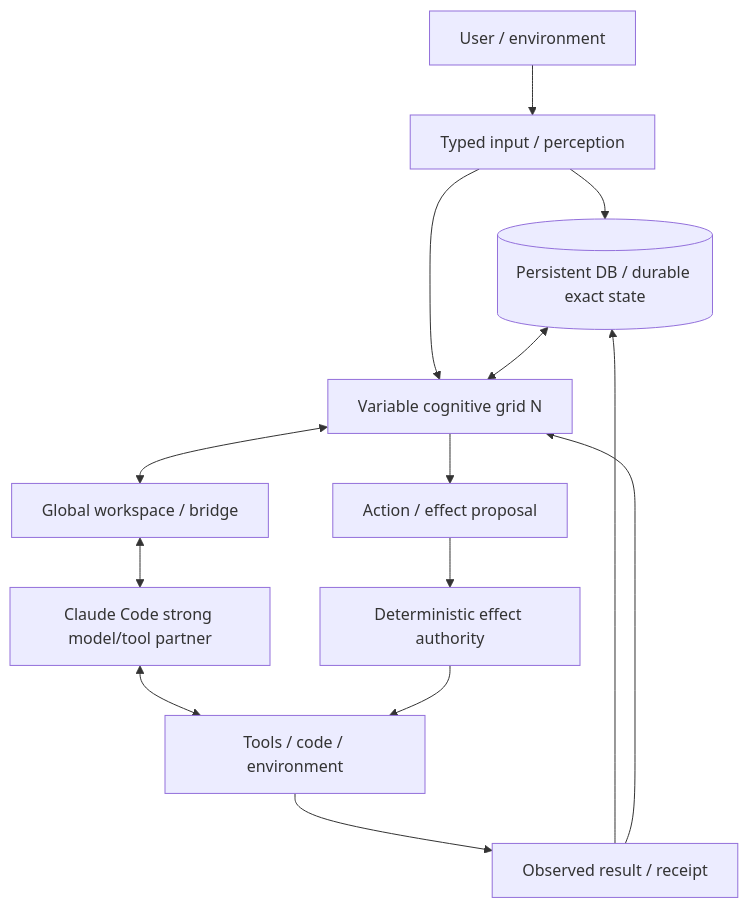
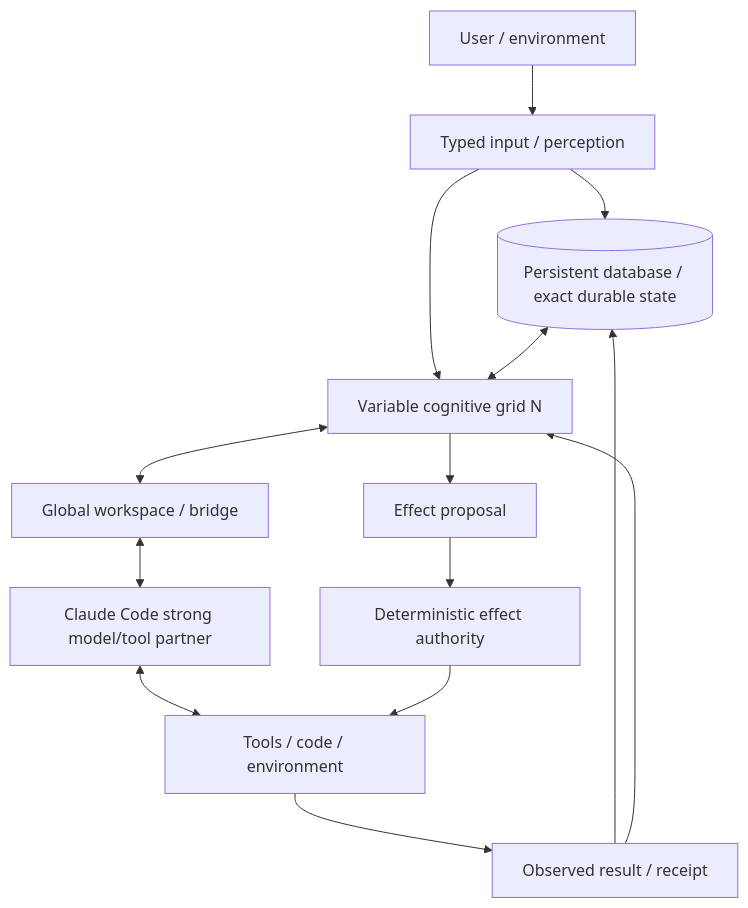
One commit to gschaidergabriel/Cognitive-devmachine changed the first of 2 diagrams in DEV_SOURCE_RESEARCH/README.md. Above: the diagram before and after it, drawn with Mermaid. The commit also changed other lines of this file, not shown here.

````diff
--- a/DEV_SOURCE_RESEARCH/README.md
+++ b/DEV_SOURCE_RESEARCH/README.md
@@ -54,16 +61,16 @@
 ```mermaid
 flowchart TD
     U[User / environment] --> E[Typed input / perception]
-    E --> DB[(Persistent DB / durable exact state)]
+    E --> DB[(Persistent database / exact durable state)]
     E --> G[Variable cognitive grid N]
     DB <--> G
     G <--> W[Global workspace / bridge]
     W <--> C[Claude Code strong model/tool partner]
     C <--> T[Tools / code / environment]
-    G --> P[Action / effect proposal]
+    G --> P[Effect proposal]
     P --> EG[Deterministic effect authority]
     EG --> T
     T --> R[Observed result / receipt]
     R --> DB
     R --> G
 ```
````
